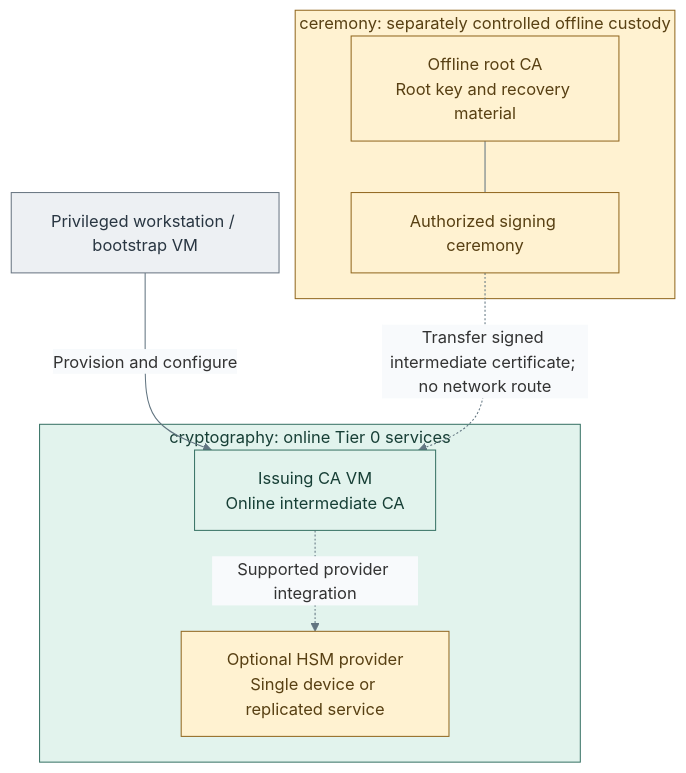
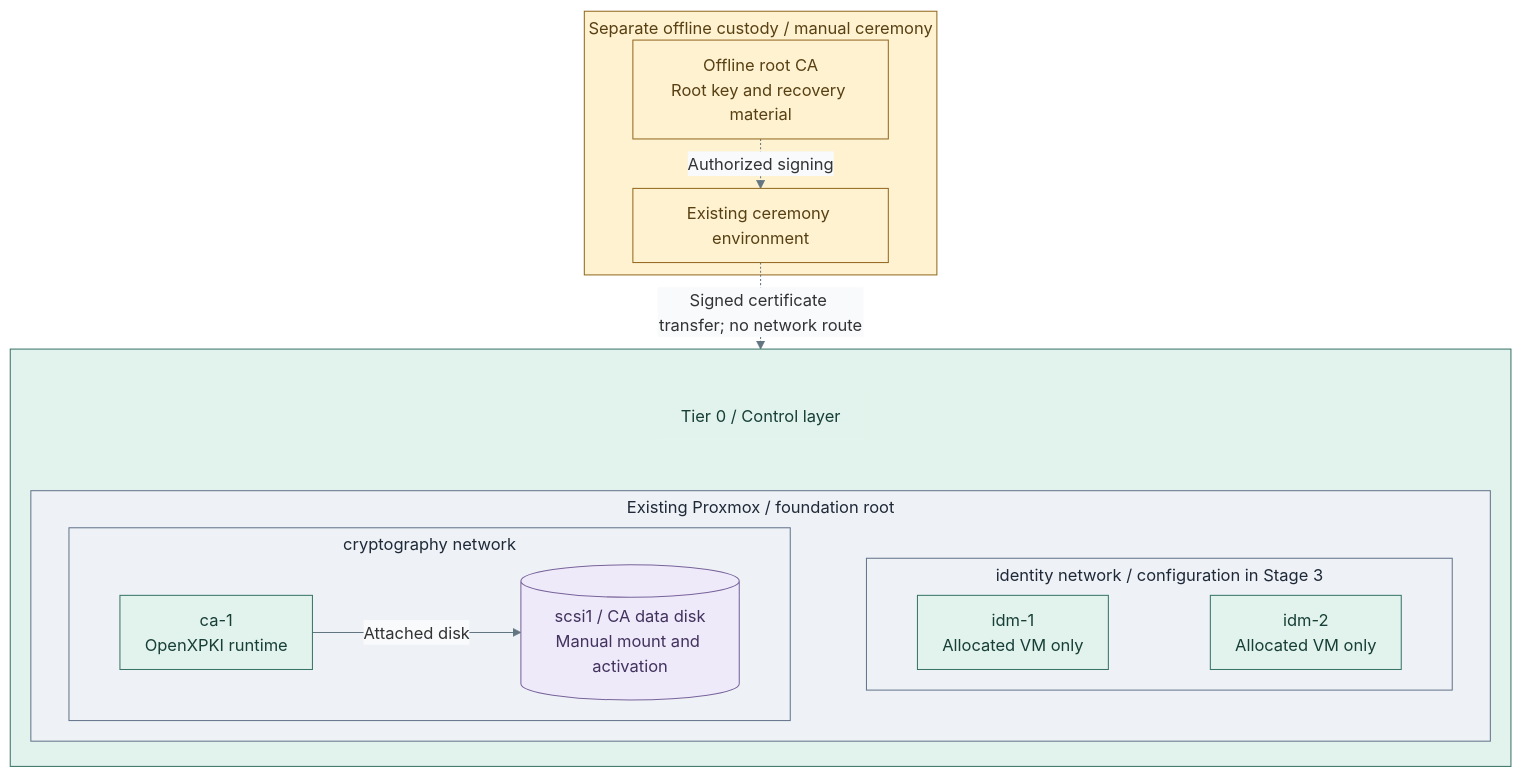
Before and after one commit to Rexus/homelab: the diagram in docs/deployment/stage-2-trust/README.md, drawn with Mermaid. The commit also changed other lines of this file and 60 other files, not shown here.

Commit message:
docs(diagrams): align architecture and deployment views with IaC

````diff
--- a/docs/deployment/stage-2-trust/README.md
+++ b/docs/deployment/stage-2-trust/README.md
@@ -21,24 +21,40 @@
 ```mermaid
-%%{init: {"theme":"base","themeVariables":{"lineColor":"#627581","edgeLabelBackground":"#f8fafc"}}}%%
+%%{init: {"theme":"base","flowchart":{"nodeSpacing":20,"rankSpacing":24,"padding":12,"subGraphTitleMargin":{"top":4,"bottom":12}},"themeVariables":{"lineColor":"#627581","edgeLabelBackground":"#f8fafc"}}}%%
 flowchart TB
-  Bootstrap["Privileged workstation / bootstrap VM"]
-  subgraph Offline["ceremony: separately controlled offline custody"]
+  subgraph Offline["Separate offline custody / manual ceremony"]
     Root["Offline root CA<br/>Root key and recovery material"]
-    Ceremony["Authorized signing ceremony"]
-    Root --- Ceremony
+    Ceremony["Existing ceremony environment"]
+    Root -. Authorized signing .-> Ceremony
   end
-  subgraph Crypto["cryptography: online Tier 0 services"]
-    Issuer["Issuing CA VM<br/>Online intermediate CA"]
-    Hardware["Optional HSM provider<br/>Single device or replicated service"]
-    Issuer -. Supported provider integration .-> Hardware
+  subgraph T0[" "]
+    direction TB
+    T0Title["Tier 0 / Control layer"]
+    subgraph PVE["Existing Proxmox / foundation root"]
+      direction LR
+      subgraph Crypto["cryptography network"]
+        Issuer["ca-1<br/>OpenXPKI runtime"]
+        Data[("scsi1 / CA data disk<br/>Manual mount and activation")]
+        Issuer -->|Attached disk| Data
+      end
+      subgraph Identity["identity network / configuration in Stage 3"]
+        Primary["idm-1<br/>Allocated VM only"]
+        Replica["idm-2<br/>Allocated VM only"]
+        Primary ~~~ Replica
+      end
+      Crypto ~~~ Identity
+    end
+    T0Title ~~~ PVE
   end
-  Bootstrap -->|Provision and configure| Issuer
-  Ceremony -. "Transfer signed intermediate certificate; no network route" .-> Issuer
+  Ceremony -. "Signed certificate transfer; no network route" .-> T0
   classDef default fill:#f8fafc,stroke:#64748b,color:#1f2937
-  classDef actor fill:#edf0f3,stroke:#697682,color:#293642
+  classDef boundary fill:#eef2f6,stroke:#64748b,color:#1f2937
   classDef custody fill:#fff2d1,stroke:#926820,color:#584013
   classDef control fill:#e2f3ed,stroke:#397366,color:#173f36
-  class Bootstrap actor
-  class Offline,Root,Ceremony,Hardware custody
-  class Crypto,Issuer control
+  classDef controlHeading fill:#e2f3ed,stroke:#e2f3ed,color:#173f36
+  classDef data fill:#eeeafa,stroke:#78639b,color:#42325d
+  class PVE,Crypto,Identity boundary
+  class Offline,Root,Ceremony custody
+  class T0,Issuer,Primary,Replica control
+  class T0Title controlHeading
+  class Data data
 ```
````
